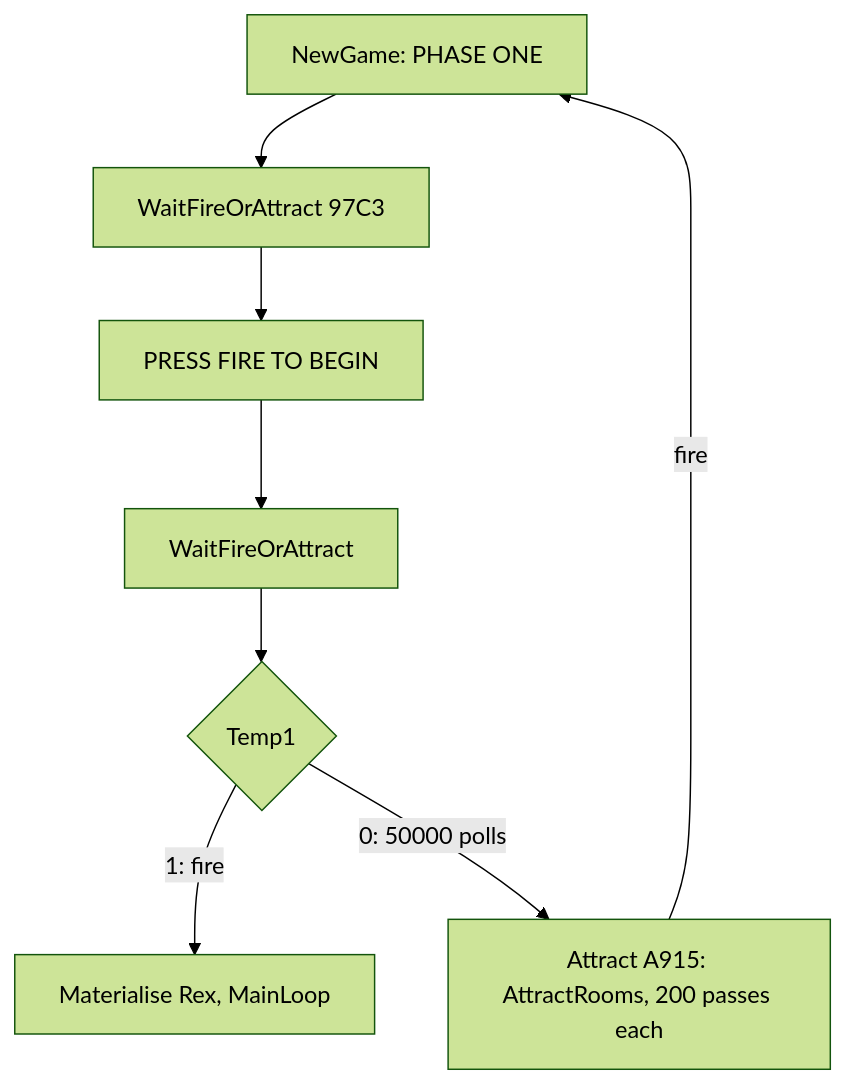
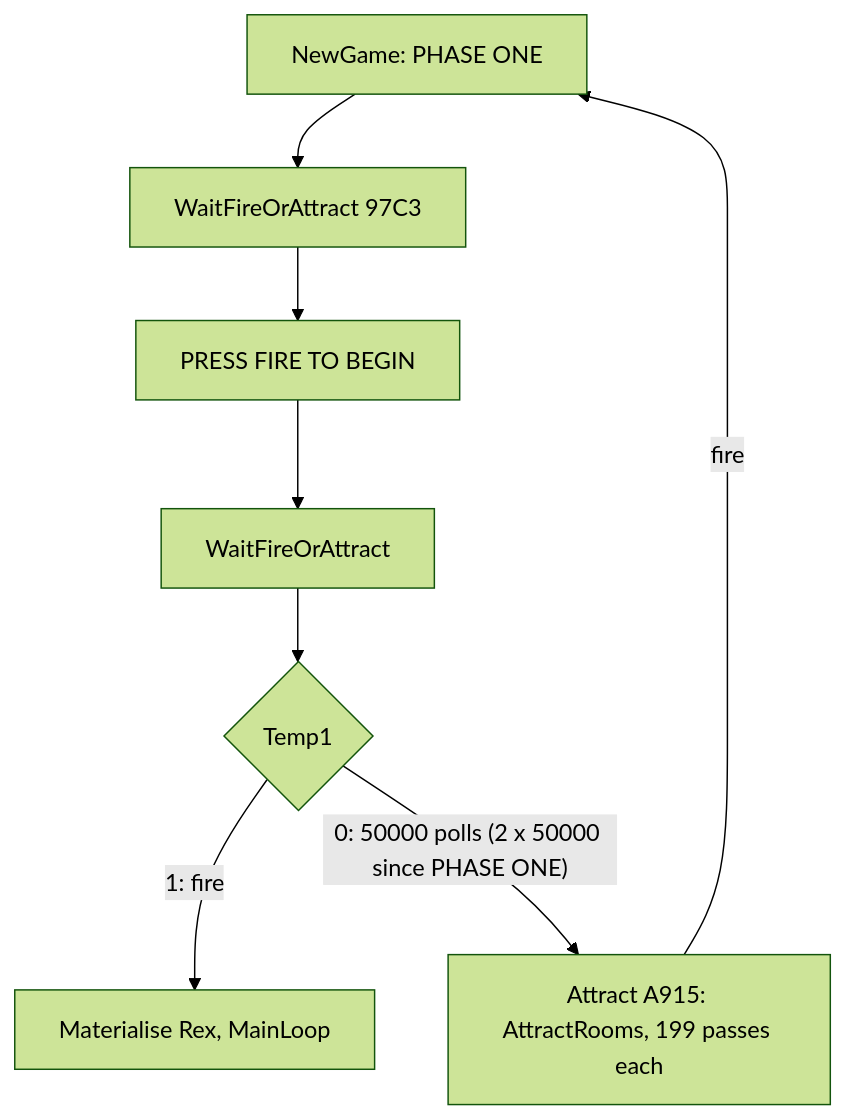
One commit to alfishe/unrealng-reverse-cases changed the seventh of 9 diagrams in games/rex/docs/05-controls.md. Above: the diagram before and after it, drawn with Mermaid (forest theme). The commit also changed other lines of this file and 40 other files, not shown here.

````diff
--- a/games/rex/docs/05-controls.md
+++ b/games/rex/docs/05-controls.md
@@ -706,10 +707,10 @@
 ```mermaid
 flowchart TD
     A[NewGame: PHASE ONE] --> B[WaitFireOrAttract 97C3]
     B --> C[PRESS FIRE TO BEGIN]
     C --> D[WaitFireOrAttract]
     D --> E{Temp1}
     E -- 1: fire --> F[Materialise Rex, MainLoop]
-    E -- 0: 50000 polls --> G[Attract A915: AttractRooms, 200 passes each]
+    E -- "0: 50000 polls (2 x 50000 since PHASE ONE)" --> G[Attract A915: AttractRooms, 199 passes each]
     G -->|fire| A
 ```
````
